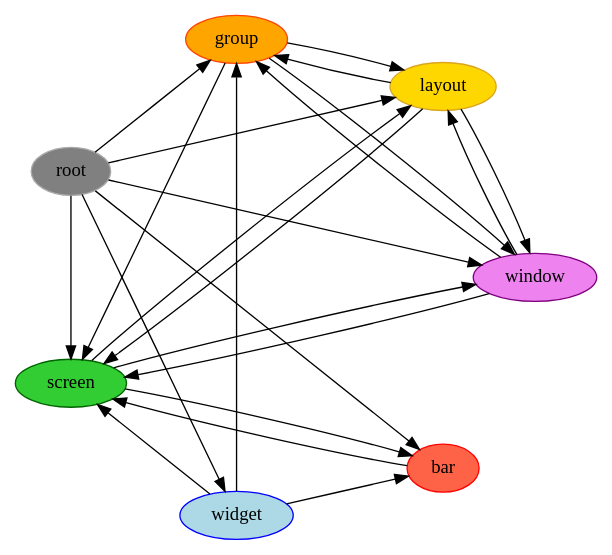
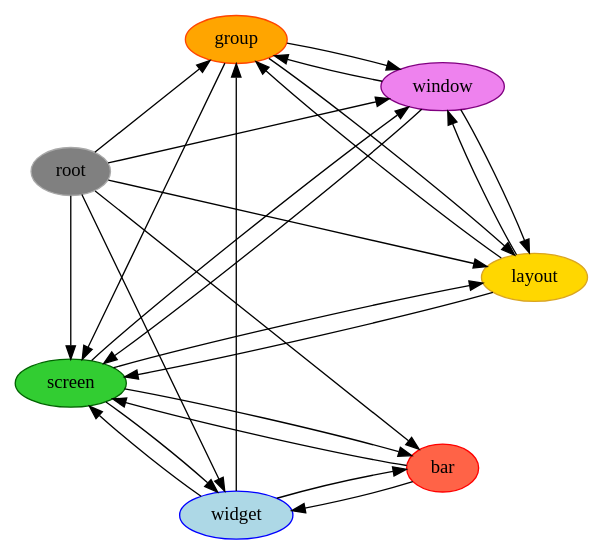
Before and after one commit to qtile/qtile: the diagram in docs/_static/diagrams/object-graph-orig.dot, drawn with Graphviz. The commit also changed 5 other files, not shown here.

First line of the commit message:
Extend Object Graph

```diff
--- a/docs/_static/diagrams/object-graph-orig.dot
+++ b/docs/_static/diagrams/object-graph-orig.dot
@@ -1,55 +1,57 @@
 digraph G {
     layout = circo;
     root = "root";
     splines = true;
 
     node [style="filled", color=DarkGray, fillcolor=Gray, label="root"];
     root;
 
     node [style="filled", color=Red, fillcolor=Tomato, label="bar"];
     bar;
 
     node [style="filled", color=OrangeRed, fillcolor=Orange, label="group"];
     group;
 
     node [style="filled", color=Goldenrod, fillcolor=Gold, label="layout"]
     layout;
 
     node [style="filled", color=DarkGreen, fillcolor=LimeGreen, label="screen"];
     screen;
 
     node [style="filled", color=Blue, fillcolor=LightBlue, label="widget"];
     widget;
 
     node [style="filled", color=Purple, fillcolor=Violet, label="window"];
     window;
 
     root -> bar;
     root -> group;
     root -> layout;
     root -> screen;
     root -> widget;
     root -> window;
 
     bar -> screen;
+    bar -> widget;
 
     group -> layout;
     group -> screen;
     group -> window;
 
     layout -> group;
     layout -> screen;
     layout -> window;
 
     screen -> bar;
     screen -> layout;
     screen -> window;
+    screen -> widget;
 
     widget -> bar;
     widget -> group;
     widget -> screen;
 
     window -> group;
     window -> screen;
     window -> layout;
 }
```
